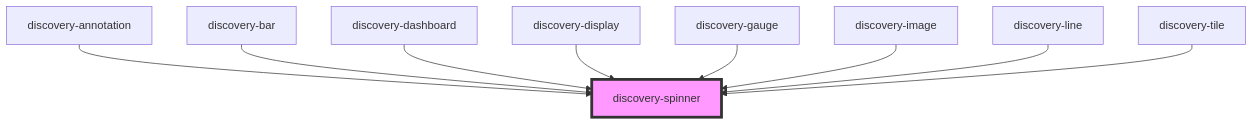
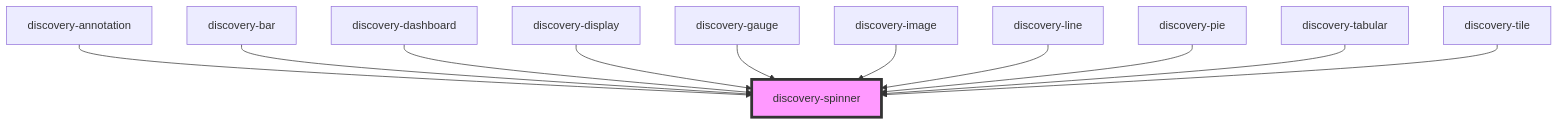
One commit to senx/discovery-widgets changed the diagram in src/components/discovery-spinner/readme.md. Above: the diagram before and after it, drawn with Mermaid. The commit also changed other lines of this file and 13 other files, not shown here.

````diff
--- a/src/components/discovery-spinner/readme.md
+++ b/src/components/discovery-spinner/readme.md
@@ -29,12 +31,14 @@
 ```mermaid
 graph TD;
   discovery-annotation --> discovery-spinner
   discovery-bar --> discovery-spinner
   discovery-dashboard --> discovery-spinner
   discovery-display --> discovery-spinner
   discovery-gauge --> discovery-spinner
   discovery-image --> discovery-spinner
   discovery-line --> discovery-spinner
+  discovery-pie --> discovery-spinner
+  discovery-tabular --> discovery-spinner
   discovery-tile --> discovery-spinner
   style discovery-spinner fill:#f9f,stroke:#333,stroke-width:4px
 ```
````
